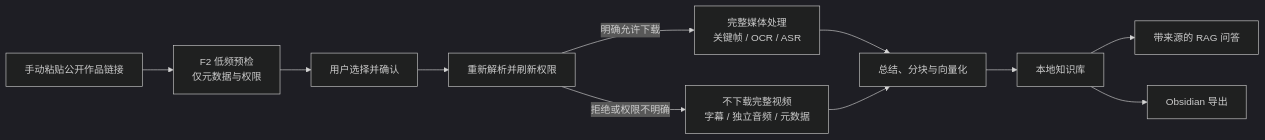
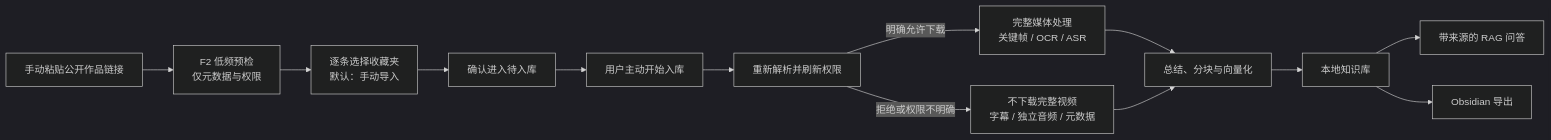
The diagram in README.md (fyfsxkh/TokBrain), drawn with Mermaid (dark theme) before and after one commit. The commit also changed other lines of this file and 27 other files, not shown here.

````diff
--- a/README.md
+++ b/README.md
@@ -64,13 +67,15 @@
 ```mermaid
 flowchart LR
     A["手动粘贴公开作品链接"] --> B["F2 低频预检<br/>仅元数据与权限"]
-    B --> C["用户选择并确认"]
-    C --> D["重新解析并刷新权限"]
-    D -->|明确允许下载| E["完整媒体处理<br/>关键帧 / OCR / ASR"]
-    D -->|拒绝或权限不明确| F["不下载完整视频<br/>字幕 / 独立音频 / 元数据"]
-    E --> G["总结、分块与向量化"]
-    F --> G
-    G --> H["本地知识库"]
-    H --> I["带来源的 RAG 问答"]
-    H --> J["Obsidian 导出"]
+    B --> C["逐条选择收藏夹<br/>默认：手动导入"]
+    C --> D["确认进入待入库"]
+    D --> E["用户主动开始入库"]
+    E --> F["重新解析并刷新权限"]
+    F -->|明确允许下载| G["完整媒体处理<br/>关键帧 / OCR / ASR"]
+    F -->|拒绝或权限不明确| H["不下载完整视频<br/>字幕 / 独立音频 / 元数据"]
+    G --> I["总结、分块与向量化"]
+    H --> I
+    I --> J["本地知识库"]
+    J --> K["带来源的 RAG 问答"]
+    J --> L["Obsidian 导出"]
 ```
````
